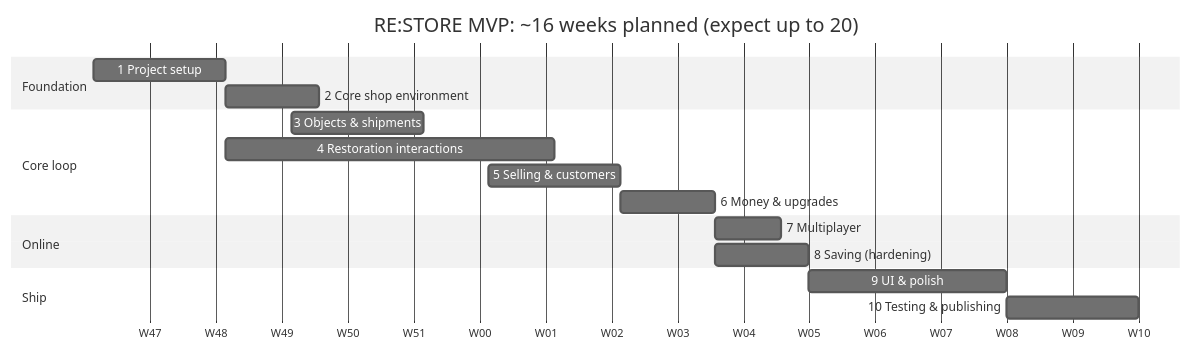
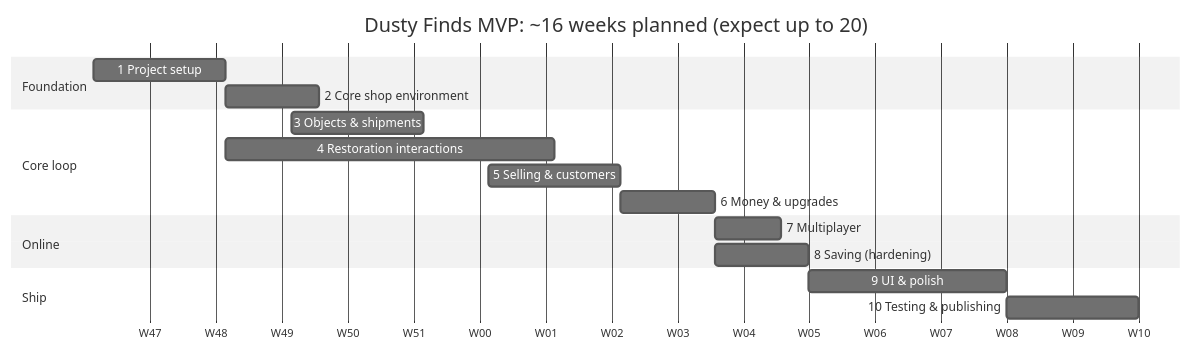
One commit to 1nsincere/dusty-finds changed the second of 2 diagrams in docs/04_Team_Roadmap_MVP.md. Above: the diagram before and after it, drawn with Mermaid (neutral theme). The commit also changed other lines of this file and 29 other files, not shown here.

````diff
--- a/docs/04_Team_Roadmap_MVP.md
+++ b/docs/04_Team_Roadmap_MVP.md
@@ -78,20 +78,20 @@
 ```mermaid
 gantt
-    title RE:STORE MVP: ~16 weeks planned (expect up to 20)
+    title Dusty Finds MVP: ~16 weeks planned (expect up to 20)
     dateFormat  YYYY-MM-DD
     axisFormat  W%W
     section Foundation
     1 Project setup             :s1, 2026-11-23, 14d
     2 Core shop environment     :s2, after s1, 10d
     section Core loop
     3 Objects & shipments       :s3, 2026-12-14, 14d
     4 Restoration interactions  :s4, 2026-12-07, 35d
     5 Selling & customers       :s5, 2027-01-04, 14d
     6 Money & upgrades          :s6, 2027-01-18, 10d
     section Online
     7 Multiplayer               :s7, 2027-01-28, 7d
     8 Saving (hardening)        :s8, 2027-01-28, 10d
     section Ship
     9 UI & polish               :s9, 2027-02-07, 21d
     10 Testing & publishing     :s10, 2027-02-28, 14d
 ```
````
